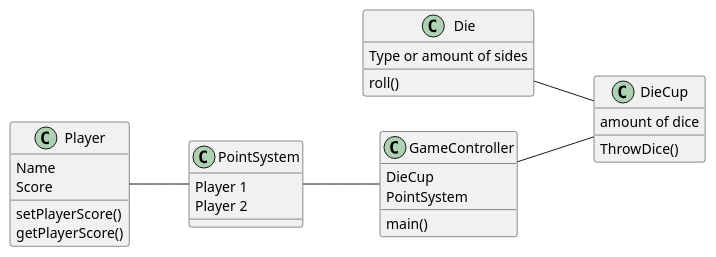
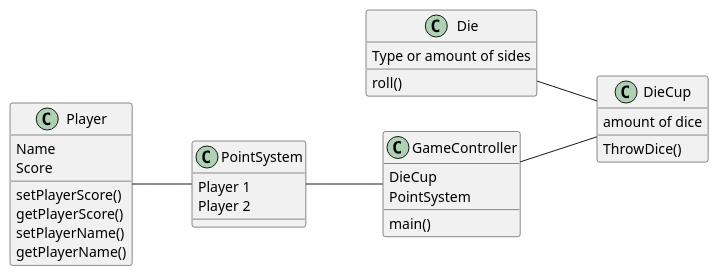
Before and after one commit to PhilipCramer/11_CDIO_SEMESTER1: the diagram in G11_del1/src/main/java/Classes.puml, drawn with PlantUML.

Commit message:
rettelser til klassediagram

```diff
--- a/G11_del1/src/main/java/Classes.puml
+++ b/G11_del1/src/main/java/Classes.puml
@@ -1,41 +1,43 @@
 @startuml
 'https://plantuml.com/class-diagram
 left to right direction
 
 class Die {
 Type or amount of sides
 }
 Die : roll()
 
 class Player{
 Name
 Score
 }
 Player : setPlayerScore()
 Player : getPlayerScore()
+Player : setPlayerName()
+Player : getPlayerName()
 
 class DieCup {
 amount of dice
 }
 DieCup : ThrowDice()
 
 class PointSystem {
 Player 1
 Player 2
 }
 
 class GameController {
 DieCup
 PointSystem
 }
 GameController : main()
 
 
 
 GameController -- DieCup
 Die -- DieCup
 Player --PointSystem
 PointSystem -- GameController
 
 
 @enduml
```
